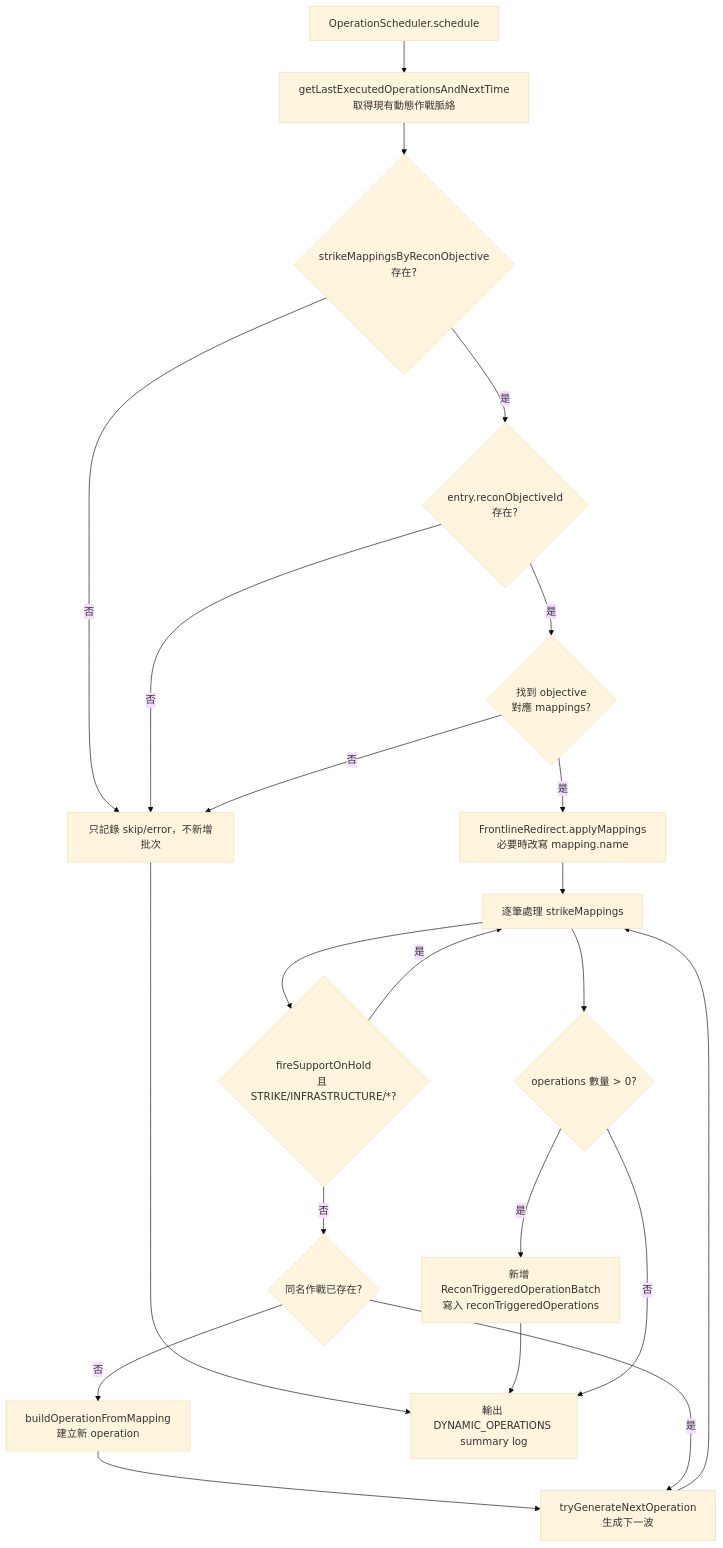
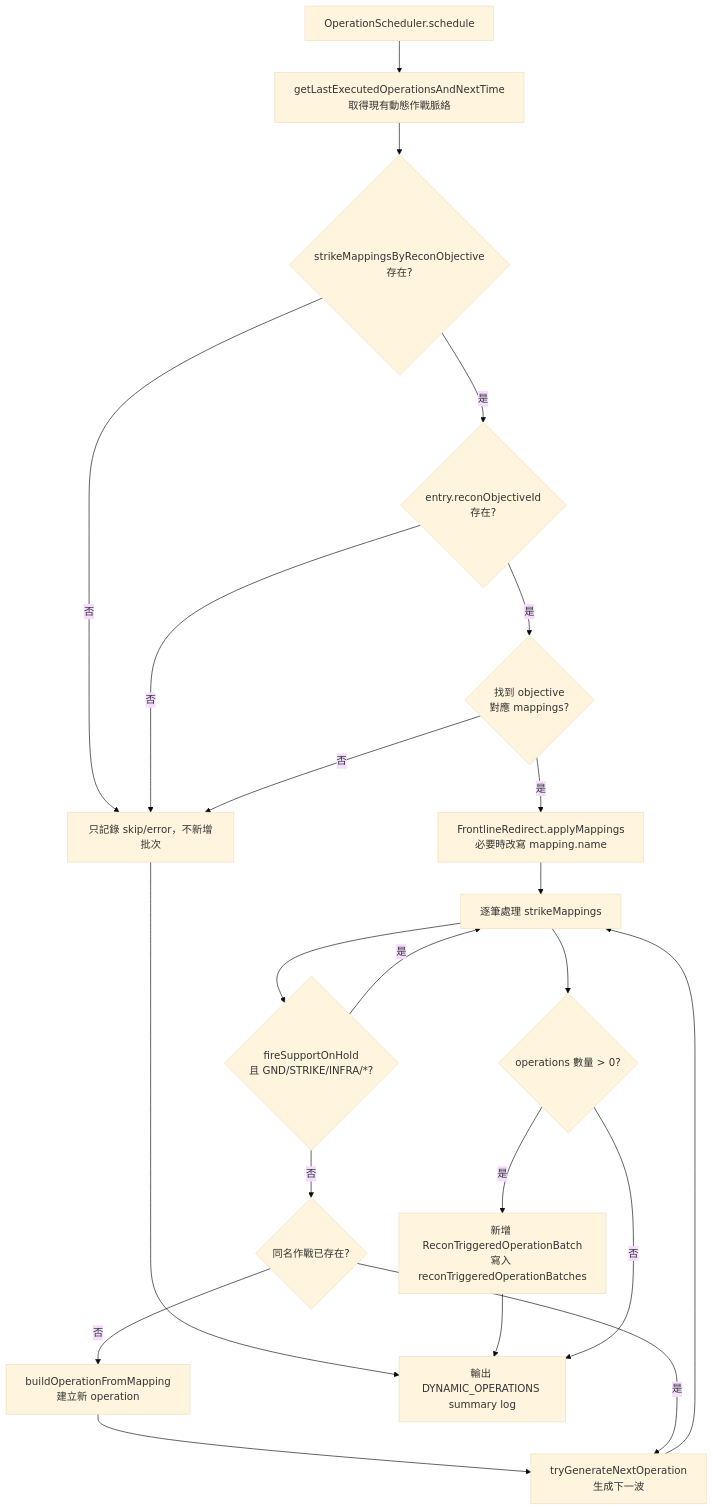
The diagram in docs/strikePlanner/operationScheduler.md (pullupjumper/formosa-in-flames), drawn with Mermaid (base theme) before and after one commit. The commit also changed other lines of this file and 17 other files, not shown here.

First line of the commit message:
refactor(strikePlanner): clarify recon-triggered operation batches

````diff
--- a/docs/strikePlanner/operationScheduler.md
+++ b/docs/strikePlanner/operationScheduler.md
@@ -52,36 +52,36 @@
 ```mermaid
 flowchart TD
     START["OperationScheduler.schedule"]
     CONTEXT["getLastExecutedOperationsAndNextTime<br>取得現有動態作戰脈絡"]
     MAPTABLE{"strikeMappingsByReconObjective<br>存在?"}
     OBJECTIVE{"entry.reconObjectiveId<br>存在?"}
     MAPPING{"找到 objective<br>對應 mappings?"}
     REDIRECT["FrontlineRedirect.applyMappings<br>必要時改寫 mapping.name"]
     LOOP["逐筆處理 strikeMappings"]
-    HOLD{"fireSupportOnHold<br>且 STRIKE/INFRASTRUCTURE/*?"}
+    HOLD{"fireSupportOnHold<br>且 GND/STRIKE/INFRA/*?"}
     EXISTS{"同名作戰已存在?"}
     NEWOP["buildOperationFromMapping<br>建立新 operation"]
     NEXTOP["tryGenerateNextOperation<br>生成下一波"]
     INSERT{"operations 數量 > 0?"}
-    BATCH["新增 ReconTriggeredOperationBatch<br>寫入 reconTriggeredOperations"]
+    BATCH["新增 ReconTriggeredOperationBatch<br>寫入 reconTriggeredOperationBatches"]
     LOG["輸出 DYNAMIC_OPERATIONS summary log"]
     SKIP["只記錄 skip/error，不新增批次"]
 
     START --> CONTEXT --> MAPTABLE
     MAPTABLE -->|否| SKIP
     MAPTABLE -->|是| OBJECTIVE
     OBJECTIVE -->|否| SKIP
     OBJECTIVE -->|是| MAPPING
     MAPPING -->|否| SKIP
     MAPPING -->|是| REDIRECT --> LOOP
     LOOP --> HOLD
     HOLD -->|是| LOOP
     HOLD -->|否| EXISTS
     EXISTS -->|否| NEWOP --> NEXTOP
     EXISTS -->|是| NEXTOP
     NEXTOP --> LOOP
     LOOP --> INSERT
     SKIP --> LOG
     INSERT -->|是| BATCH --> LOG
     INSERT -->|否| LOG
 ```
````
